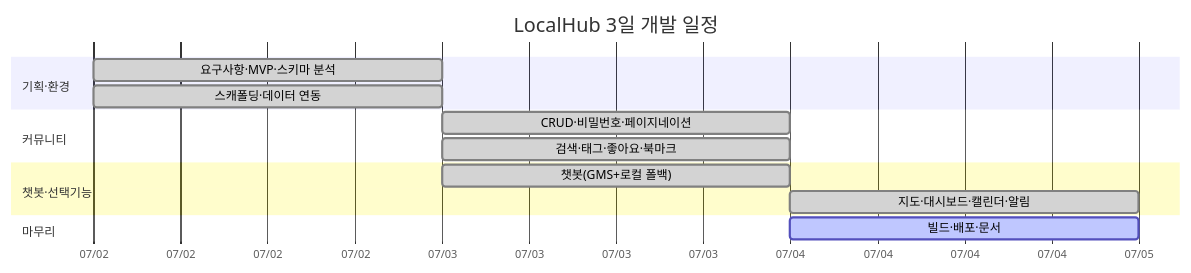
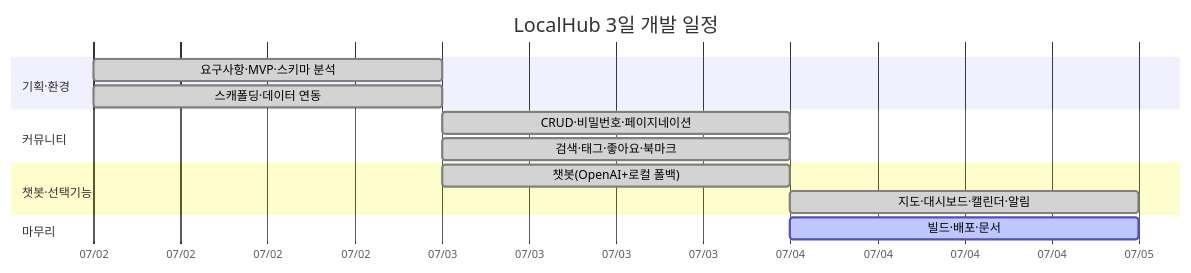
Before and after one commit to mulcamp-ed/localhub_fo: the diagram in docs/WBS_Gantt.md, drawn with Mermaid. The commit also changed other lines of this file and 7 other files, not shown here.

````diff
--- a/docs/WBS_Gantt.md
+++ b/docs/WBS_Gantt.md
@@ -56,17 +56,17 @@
 ```mermaid
 gantt
     title LocalHub 3일 개발 일정
     dateFormat  YYYY-MM-DD
     axisFormat  %m/%d
     section 기획·환경
     요구사항·MVP·스키마 분석      :done, d1, 2026-07-02, 1d
     스캐폴딩·데이터 연동          :done, d2, 2026-07-02, 1d
     section 커뮤니티
     CRUD·비밀번호·페이지네이션    :done, c1, 2026-07-03, 1d
     검색·태그·좋아요·북마크       :done, c2, 2026-07-03, 1d
     section 챗봇·선택기능
-    챗봇(GMS+로컬 폴백)          :done, b1, 2026-07-03, 1d
+    챗봇(OpenAI+로컬 폴백)       :done, b1, 2026-07-03, 1d
     지도·대시보드·캘린더·알림     :done, o1, 2026-07-04, 1d
     section 마무리
     빌드·배포·문서               :active, f1, 2026-07-04, 1d
 ```
````
